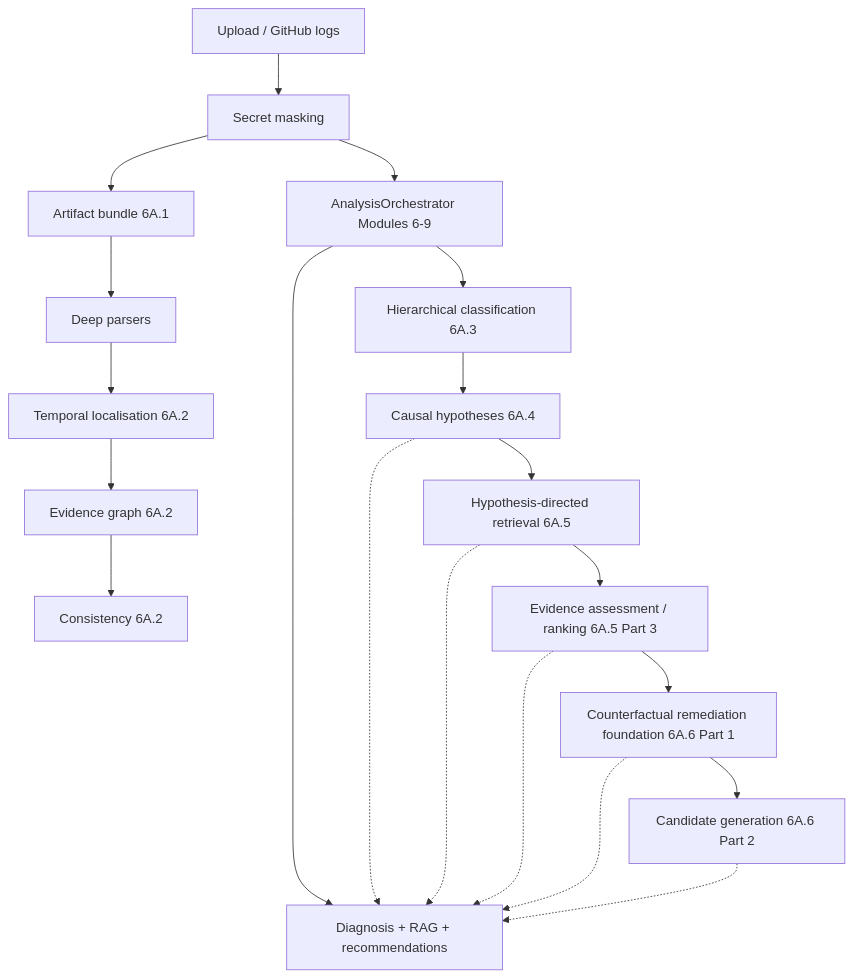
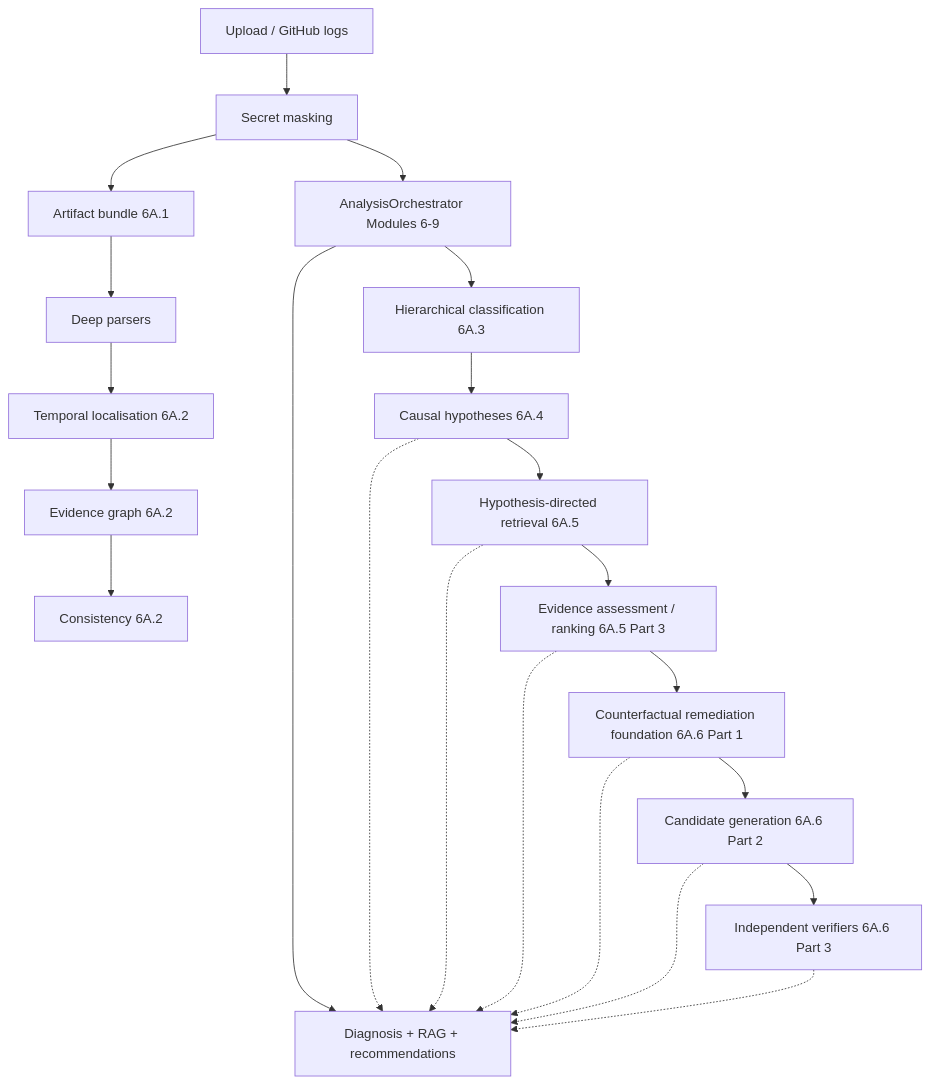
Before and after one commit to chanukaabeysinghe1031/devguard_ai: the diagram in docs/PHASE6A_CAUSAL_AI_PIPELINE.md, drawn with Mermaid. The commit also changed other lines of this file and 4 other files, not shown here.

````diff
--- a/docs/PHASE6A_CAUSAL_AI_PIPELINE.md
+++ b/docs/PHASE6A_CAUSAL_AI_PIPELINE.md
@@ -24,22 +25,24 @@
 ```mermaid
 flowchart TB
   U[Upload / GitHub logs] --> M[Secret masking]
   M --> O[AnalysisOrchestrator Modules 6-9]
   M --> B[Artifact bundle 6A.1]
   B --> P[Deep parsers]
   P --> T[Temporal localisation 6A.2]
   T --> G[Evidence graph 6A.2]
   G --> C[Consistency 6A.2]
   O --> H[Hierarchical classification 6A.3]
   H --> Y[Causal hypotheses 6A.4]
   Y --> R5[Hypothesis-directed retrieval 6A.5]
   R5 --> E5[Evidence assessment / ranking 6A.5 Part 3]
   E5 --> F6[Counterfactual remediation foundation 6A.6 Part 1]
   F6 --> G6[Candidate generation 6A.6 Part 2]
+  G6 --> V6[Independent verifiers 6A.6 Part 3]
   O --> D[Diagnosis + RAG + recommendations]
   Y -.-> D
   R5 -.-> D
   E5 -.-> D
   F6 -.-> D
   G6 -.-> D
+  V6 -.-> D
 ```
````
